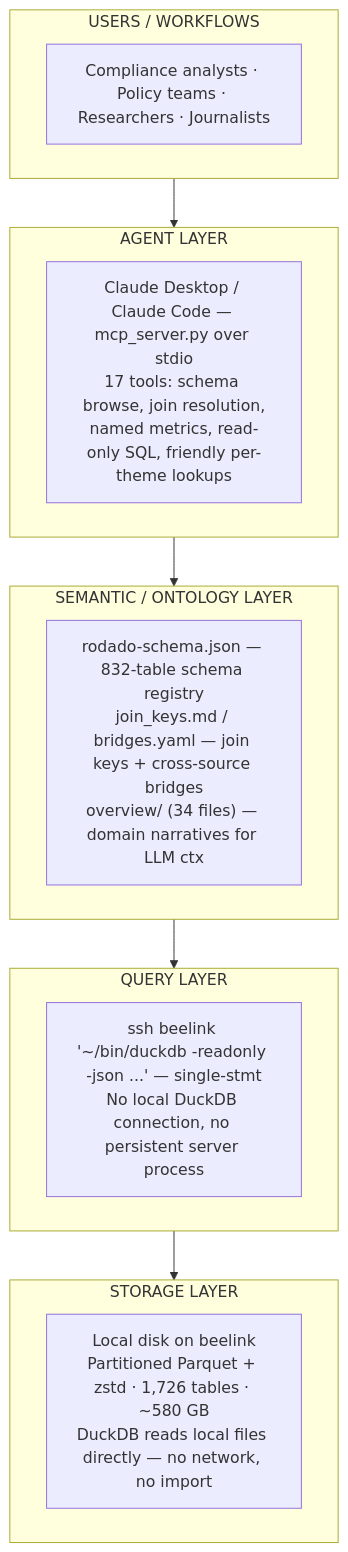
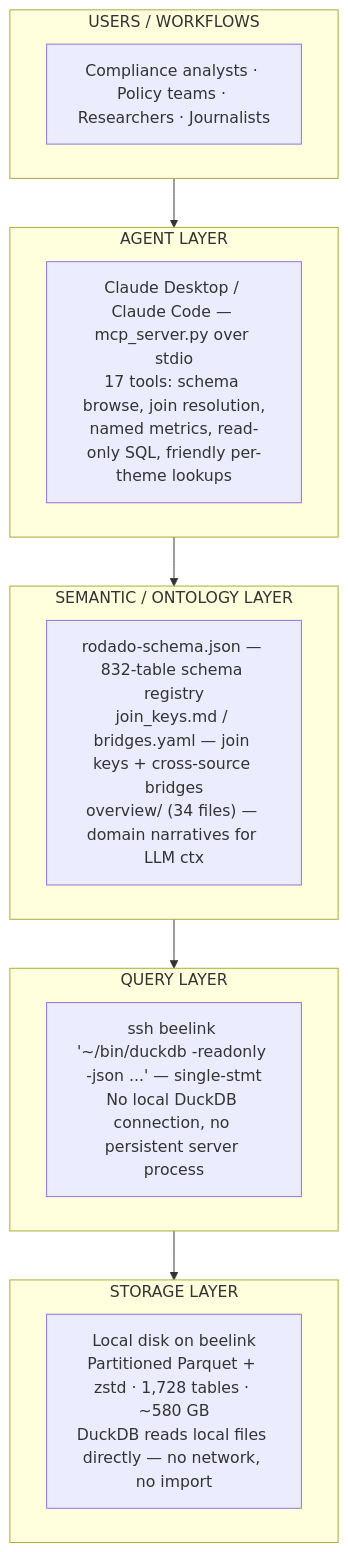
The second of 3 diagrams in docs/tecnico/TECHNICAL.md (rafapolo/rodado), drawn with Mermaid before and after one commit. The commit also changed other lines of this file and 11 other files, not shown here.

````diff
--- a/docs/tecnico/TECHNICAL.md
+++ b/docs/tecnico/TECHNICAL.md
@@ -178,20 +178,20 @@
 ```mermaid
 flowchart TD
     subgraph USERS["USERS / WORKFLOWS"]
         U["Compliance analysts · Policy teams · Researchers · Journalists"]
     end
     subgraph AGENT["AGENT LAYER"]
         A["Claude Desktop / Claude Code — mcp_server.py over stdio<br/>17 tools: schema browse, join resolution,<br/>named metrics, read-only SQL, friendly per-theme lookups"]
     end
     subgraph SEMANTIC["SEMANTIC / ONTOLOGY LAYER"]
         S["rodado-schema.json — 832-table schema registry<br/>join_keys.md / bridges.yaml — join keys + cross-source bridges<br/>overview/ (34 files) — domain narratives for LLM ctx"]
     end
     subgraph QUERY["QUERY LAYER"]
         Q["ssh beelink '~/bin/duckdb -readonly -json ...' — single-stmt<br/>No local DuckDB connection, no persistent server process"]
     end
     subgraph STORAGE["STORAGE LAYER"]
-        ST["Local disk on beelink<br/>Partitioned Parquet + zstd · 1,726 tables · ~580 GB<br/>DuckDB reads local files directly — no network, no import"]
+        ST["Local disk on beelink<br/>Partitioned Parquet + zstd · 1,728 tables · ~580 GB<br/>DuckDB reads local files directly — no network, no import"]
     end
 
     USERS --> AGENT --> SEMANTIC --> QUERY --> STORAGE
 ```
````
